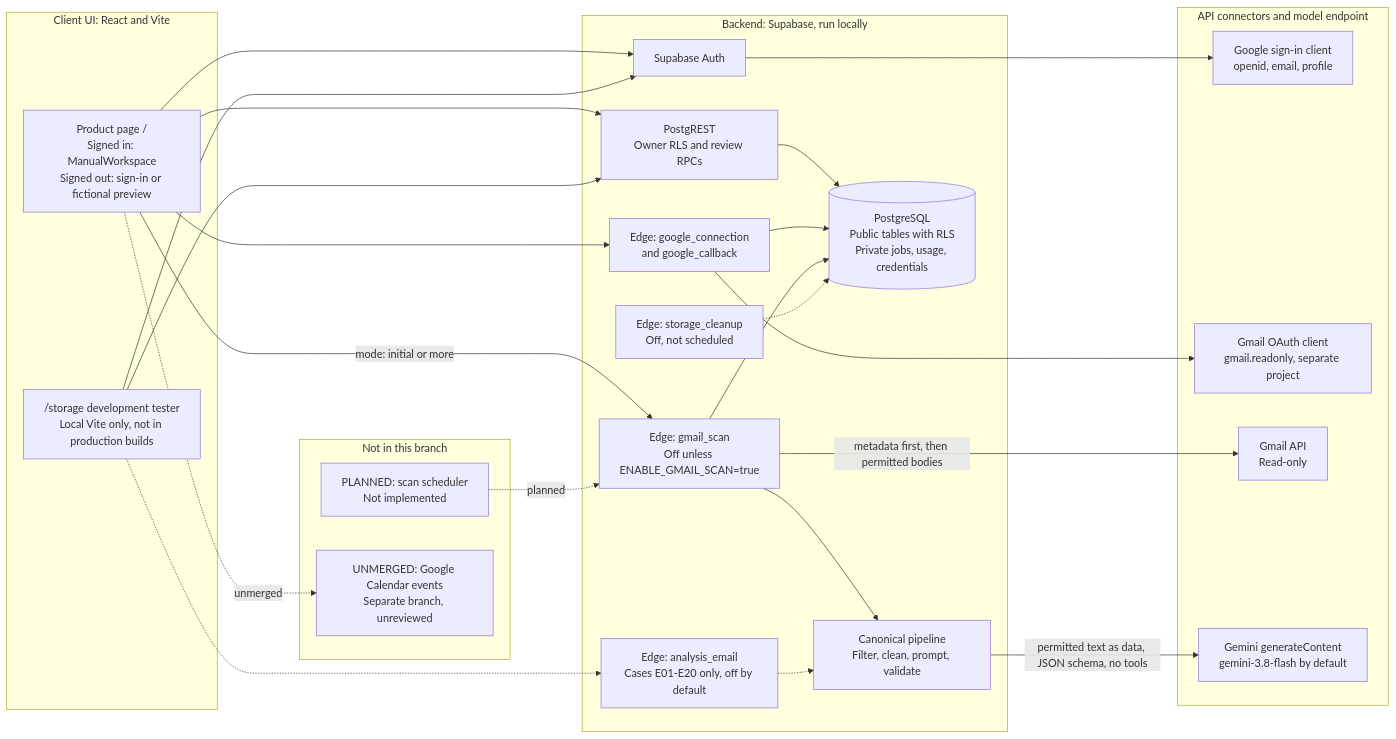
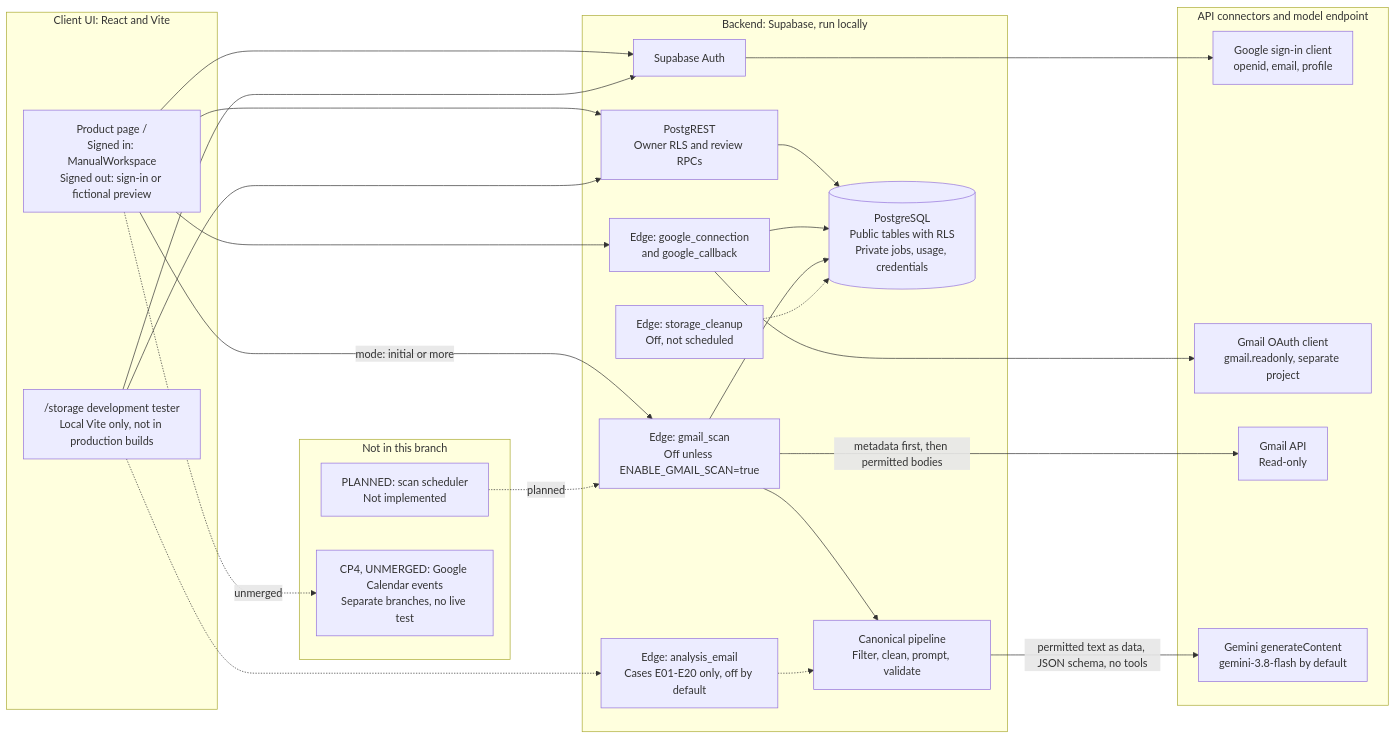
One commit to saniashah012/InboxToTask changed the first of 2 diagrams in Checkpoint 3/docs/architecture.md. Above: the diagram before and after it, drawn with Mermaid. The commit also changed other lines of this file and 12 other files, not shown here.

````diff
--- a/Checkpoint 3/docs/architecture.md
+++ b/Checkpoint 3/docs/architecture.md
@@ -21,50 +21,50 @@
 ```mermaid
 flowchart LR
   subgraph Client["Client UI: React and Vite"]
     Product["Product page /<br/>Signed in: ManualWorkspace<br/>Signed out: sign-in or fictional preview"]
     Dev["/storage development tester<br/>Local Vite only, not in production builds"]
   end
 
   subgraph Backend["Backend: Supabase, run locally"]
     Auth["Supabase Auth"]
     Rest["PostgREST<br/>Owner RLS and review RPCs"]
     Connect["Edge: google_connection<br/>and google_callback"]
     Scan["Edge: gmail_scan<br/>Off unless ENABLE_GMAIL_SCAN=true"]
     Pipeline["Canonical pipeline<br/>Filter, clean, prompt, validate"]
     Fixture["Edge: analysis_email<br/>Cases E01-E20 only, off by default"]
     Cleanup["Edge: storage_cleanup<br/>Off, not scheduled"]
     DB[("PostgreSQL<br/>Public tables with RLS<br/>Private jobs, usage, credentials")]
   end
 
   subgraph External["API connectors and model endpoint"]
     SignIn["Google sign-in client<br/>openid, email, profile"]
     GmailOAuth["Gmail OAuth client<br/>gmail.readonly, separate project"]
     GmailAPI["Gmail API<br/>Read-only"]
     Gemini["Gemini generateContent<br/>gemini-3.8-flash by default"]
   end
 
   subgraph Absent["Not in this branch"]
     Scheduler["PLANNED: scan scheduler<br/>Not implemented"]
-    Calendar["UNMERGED: Google Calendar events<br/>Separate branch, unreviewed"]
+    Calendar["CP4, UNMERGED: Google Calendar events<br/>Separate branches, no live test"]
   end
 
   Product --> Auth
   Dev --> Auth
   Auth --> SignIn
   Product --> Rest
   Dev --> Rest
   Rest --> DB
   Product --> Connect
   Connect --> GmailOAuth
   Connect --> DB
   Product -- "mode: initial or more" --> Scan
   Scan --> DB
   Scan -- "metadata first, then permitted bodies" --> GmailAPI
   Scan --> Pipeline
   Pipeline -- "permitted text as data, JSON schema, no tools" --> Gemini
   Dev -.-> Fixture
   Fixture -.-> Pipeline
   Cleanup -.-> DB
   Scheduler -. "planned" .-> Scan
   Product -. "unmerged" .-> Calendar
 ```
````
